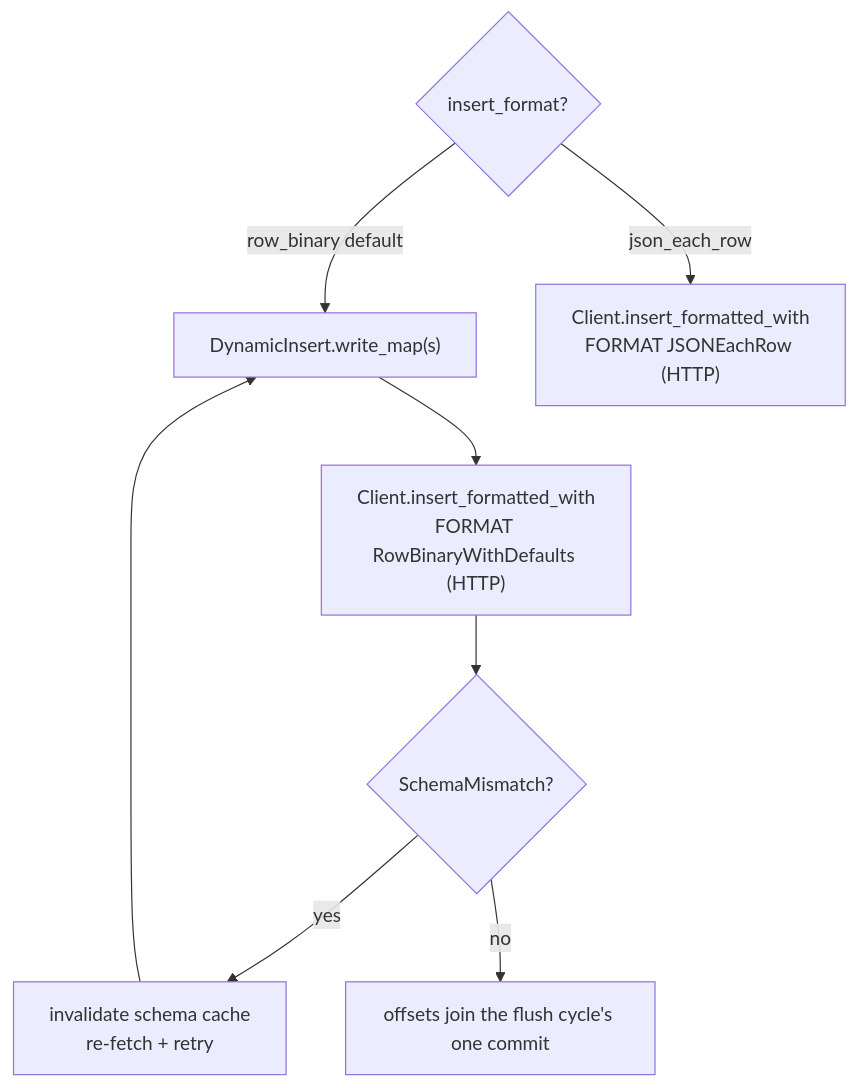
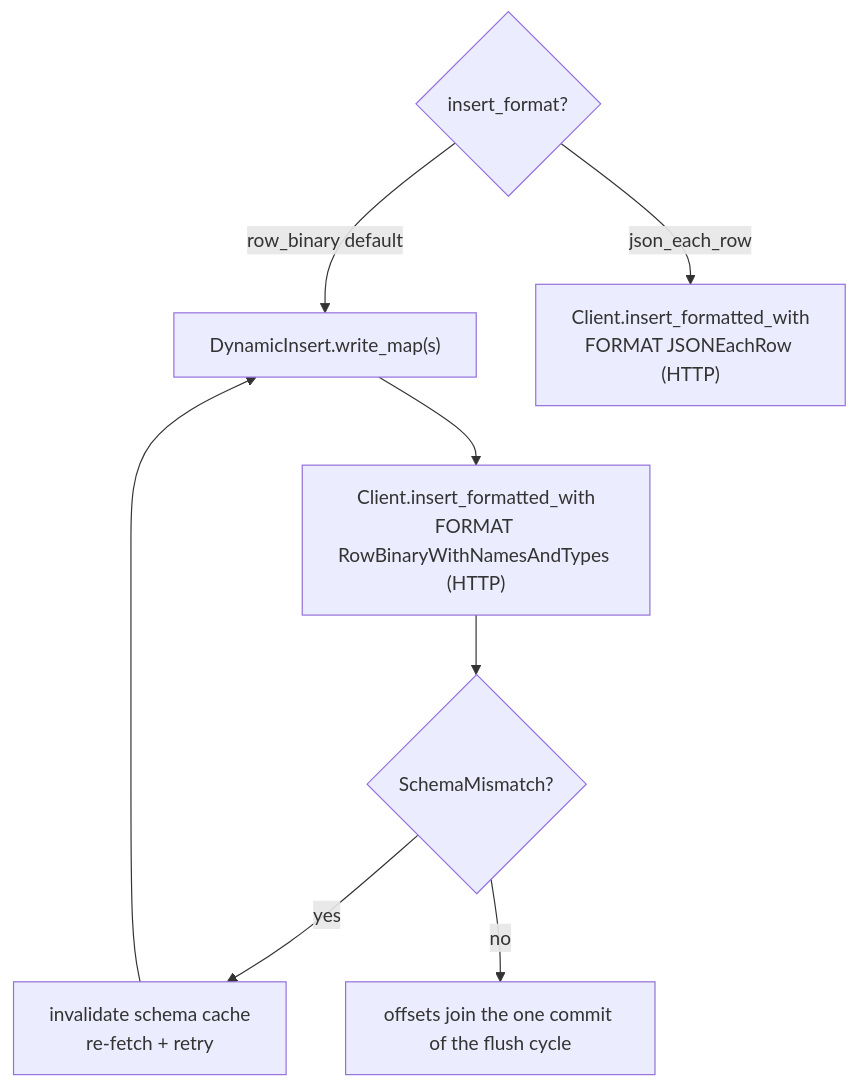
The third of 3 diagrams in docs/architecture.md (hyperi-io/dfe-loader), drawn with Mermaid before and after one commit. The commit also changed other lines of this file and 30 other files, not shown here.

````diff
--- a/docs/architecture.md
+++ b/docs/architecture.md
@@ -97,15 +94,15 @@
 ```mermaid
 flowchart TB
     F{"insert_format?"}
     RB["DynamicInsert.write_map(s)"]
-    HTTP["Client.insert_formatted_with<br/>FORMAT RowBinaryWithDefaults (HTTP)"]
+    HTTP["Client.insert_formatted_with<br/>FORMAT RowBinaryWithNamesAndTypes (HTTP)"]
     JE["Client.insert_formatted_with<br/>FORMAT JSONEachRow (HTTP)"]
     SM{"SchemaMismatch?"}
     REC["invalidate schema cache<br/>re-fetch + retry"]
 
     F -->|row_binary default| RB --> HTTP
     F -->|json_each_row| JE
     HTTP --> SM
     SM -->|yes| REC --> RB
-    SM -->|no| OK["offsets join the flush cycle's one commit"]
+    SM -->|no| OK["offsets join the one commit of the flush cycle"]
 ```
````
